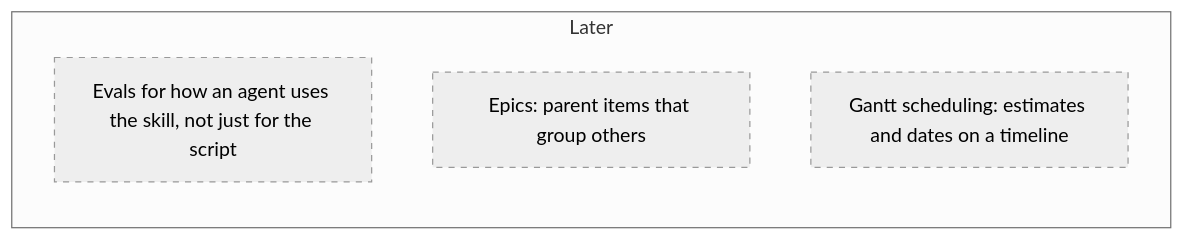
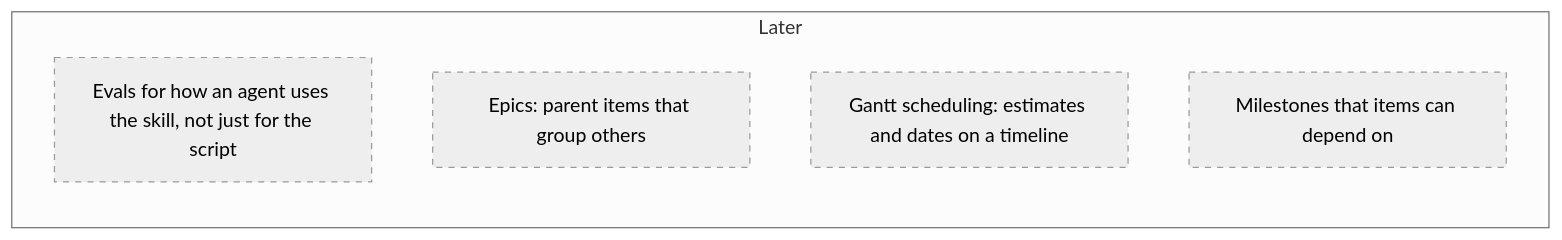
Before and after one commit to carby/simple-agentic-roadmap-skill: the diagram in roadmap/README.md, drawn with Mermaid (neutral theme). The commit also changed other lines of this file and 1 other file, not shown here.

Commit message:
docs(roadmap): file milestones that items can depend on

````diff
--- a/roadmap/README.md
+++ b/roadmap/README.md
@@ -39,10 +39,11 @@
 ```mermaid
 flowchart LR
   subgraph b_later ["Later"]
     i_agent_behaviour_evals["Evals for how an agent uses the skill, not just for the script"]
     i_epics["Epics: parent items that group others"]
     i_gantt_scheduling["Gantt scheduling: estimates and dates on a timeline"]
+    i_milestones["Milestones that items can depend on"]
   end
   classDef later stroke-dasharray: 5 5
-  class i_agent_behaviour_evals,i_epics,i_gantt_scheduling later
+  class i_agent_behaviour_evals,i_epics,i_gantt_scheduling,i_milestones later
 ```
````
